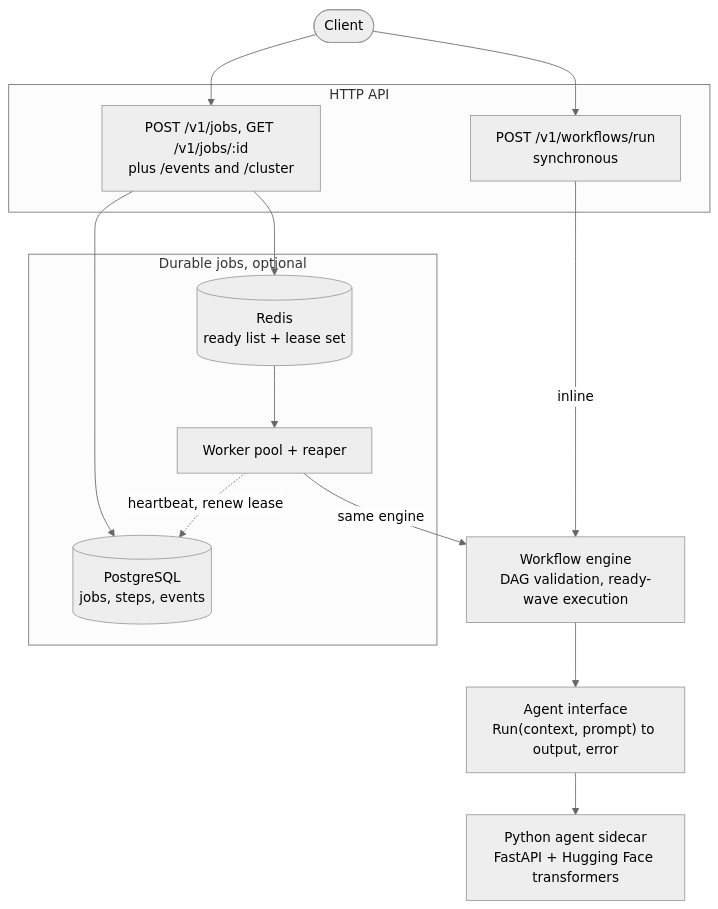
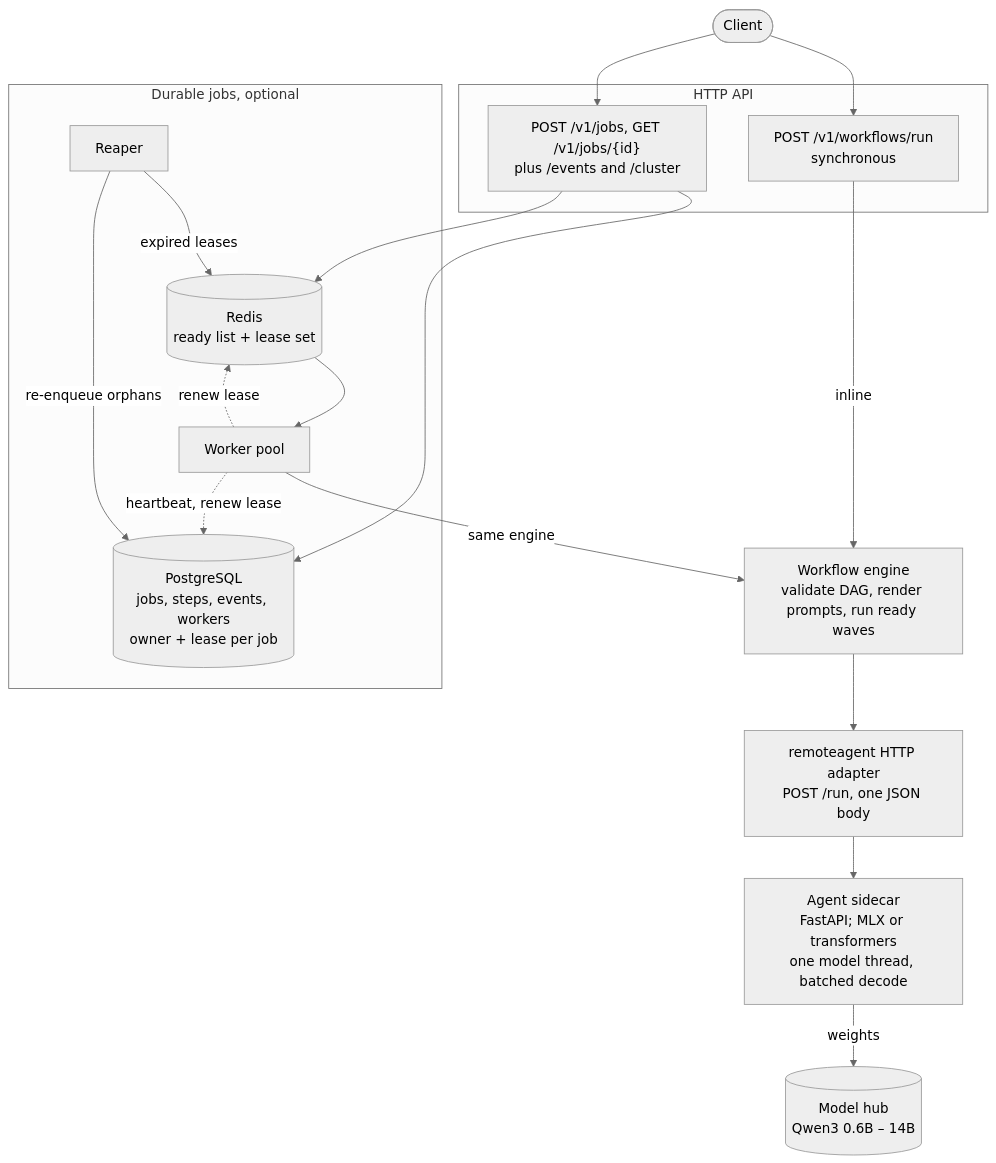
Before and after one commit to sagnikc395/anchora: the diagram in README.md, drawn with Mermaid (neutral theme). The commit also changed other lines of this file and 26 other files, not shown here.

````diff
--- a/README.md
+++ b/README.md
@@ -17,29 +13,35 @@
 ```mermaid
 flowchart TD
     Client([Client])
 
     subgraph API["HTTP API"]
         Run["POST /v1/workflows/run<br/>synchronous"]
-        Jobs["POST /v1/jobs, GET /v1/jobs/:id<br/>plus /events and /cluster"]
+        Jobs["POST /v1/jobs, GET /v1/jobs/{id}<br/>plus /events and /cluster"]
     end
 
-    Engine["Workflow engine<br/>DAG validation, ready-wave execution"]
-    Agent["Agent interface<br/>Run(context, prompt) to output, error"]
-    Provider["Python agent sidecar<br/>FastAPI + Hugging Face transformers"]
+    Engine["Workflow engine<br/>validate DAG, render prompts, run ready waves"]
+    Adapter["remoteagent HTTP adapter<br/>POST /run, one JSON body"]
+    Sidecar["Agent sidecar<br/>FastAPI; MLX or transformers<br/>one model thread, batched decode"]
+    Hub[("Model hub<br/>Qwen3 0.6B – 14B")]
 
-    subgraph Async["Durable jobs, optional"]
+    subgraph Durable["Durable jobs, optional"]
+        Store[("PostgreSQL<br/>jobs, steps, events, workers<br/>owner + lease per job")]
         Queue[("Redis<br/>ready list + lease set")]
-        Store[("PostgreSQL<br/>jobs, steps, events")]
-        Workers["Worker pool + reaper"]
+        Pool["Worker pool"]
+        Reaper["Reaper"]
     end
 
     Client --> Run
     Client --> Jobs
     Run -- inline --> Engine
     Jobs --> Store
     Jobs --> Queue
-    Queue --> Workers
-    Workers -- same engine --> Engine
-    Workers -. heartbeat, renew lease .-> Store
-    Engine --> Agent --> Provider
+    Queue --> Pool
+    Pool -- same engine --> Engine
+    Pool -. heartbeat, renew lease .-> Store
+    Pool -. renew lease .-> Queue
+    Reaper -- expired leases --> Queue
+    Reaper -- re-enqueue orphans --> Store
+    Engine --> Adapter --> Sidecar
+    Sidecar -- weights --> Hub
 ```
````
